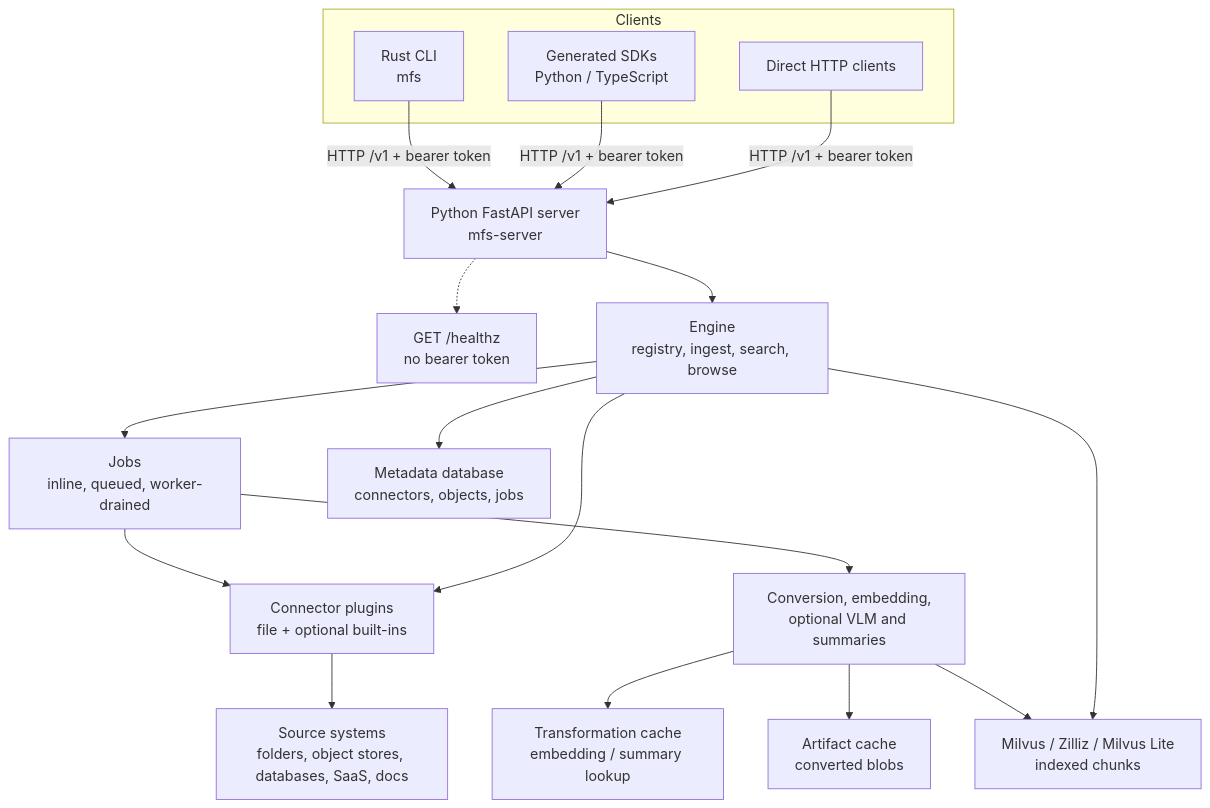
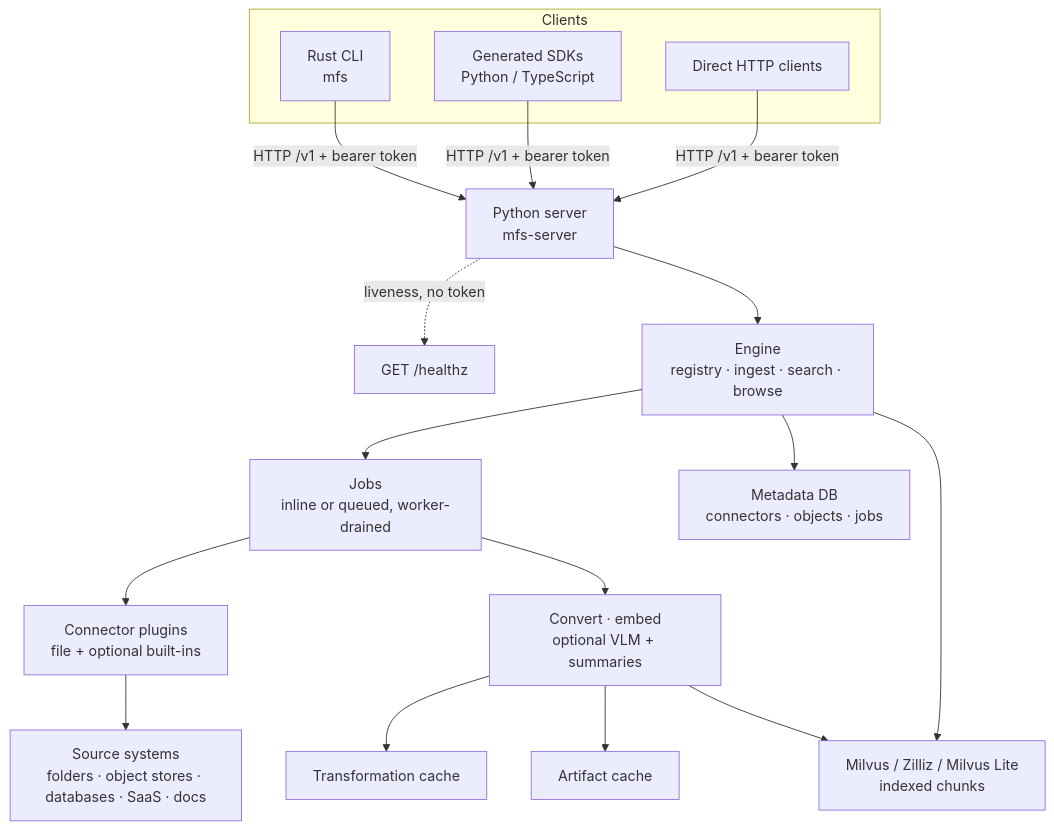
Before and after one commit to zilliztech/mfs: the diagram in docs/architecture.md, drawn with Mermaid. The commit also changed other lines of this file and 38 other files, not shown here.

````diff
--- a/docs/architecture.md
+++ b/docs/architecture.md
@@ -15,27 +8,26 @@
 ```mermaid
 flowchart TB
-  subgraph Clients
+  subgraph clients["Clients"]
     cli["Rust CLI<br/>mfs"]
     sdk["Generated SDKs<br/>Python / TypeScript"]
     http["Direct HTTP clients"]
   end
 
-  cli -->|HTTP /v1 + bearer token| api["Python FastAPI server<br/>mfs-server"]
+  cli -->|HTTP /v1 + bearer token| api["Python server<br/>mfs-server"]
   sdk -->|HTTP /v1 + bearer token| api
   http -->|HTTP /v1 + bearer token| api
-  api -.-> health["GET /healthz<br/>no bearer token"]
+  api -.->|liveness, no token| health["GET /healthz"]
 
-  api --> engine["Engine<br/>registry, ingest, search, browse"]
-  engine --> jobs["Jobs<br/>inline, queued, worker-drained"]
+  api --> engine["Engine<br/>registry · ingest · search · browse"]
+  engine --> jobs["Jobs<br/>inline or queued, worker-drained"]
   jobs --> connectors["Connector plugins<br/>file + optional built-ins"]
-  connectors --> sources["Source systems<br/>folders, object stores, databases, SaaS, docs"]
+  connectors --> sources["Source systems<br/>folders · object stores · databases · SaaS · docs"]
 
-  jobs --> transform["Conversion, embedding,<br/>optional VLM and summaries"]
-  transform --> txcache["Transformation cache<br/>embedding / summary lookup"]
-  transform --> artifacts["Artifact cache<br/>converted blobs"]
+  jobs --> transform["Convert · embed<br/>optional VLM + summaries"]
+  transform --> txcache["Transformation cache"]
+  transform --> artifacts["Artifact cache"]
   transform --> milvus["Milvus / Zilliz / Milvus Lite<br/>indexed chunks"]
 
-  engine --> metadata["Metadata database<br/>connectors, objects, jobs"]
+  engine --> metadata["Metadata DB<br/>connectors · objects · jobs"]
   engine --> milvus
-  engine --> connectors
 ```
````
